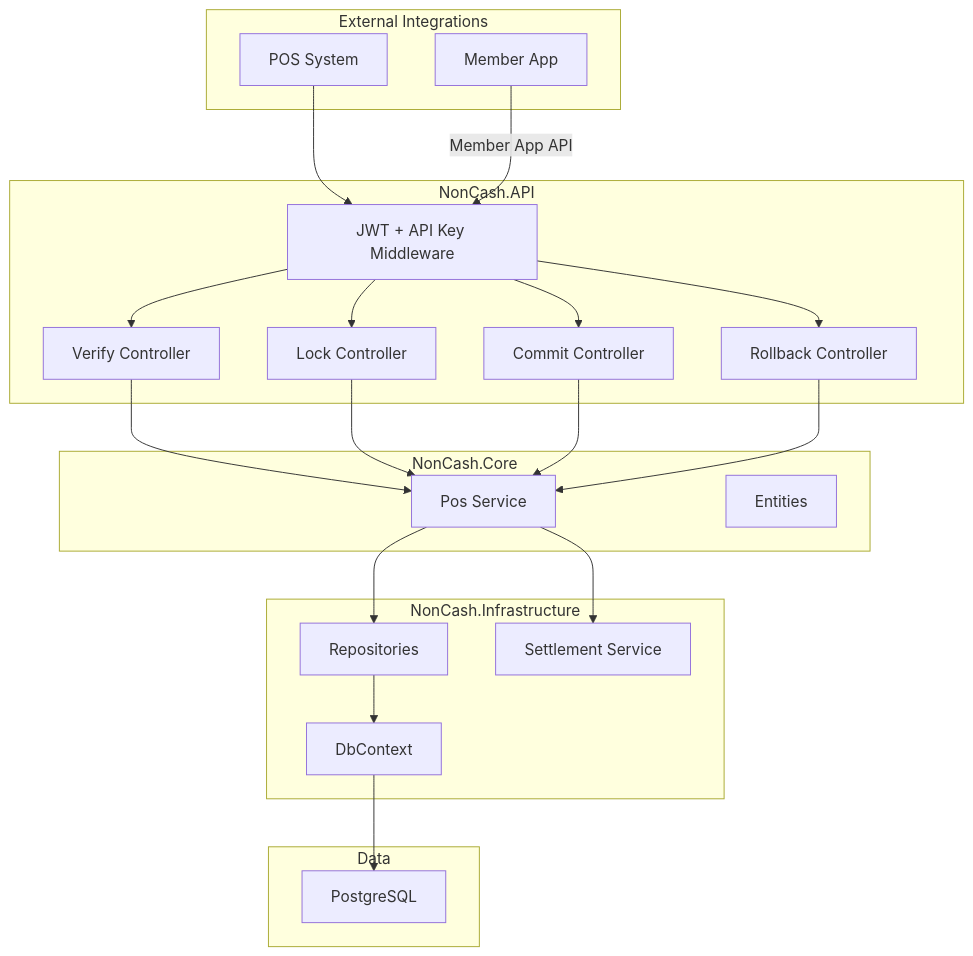
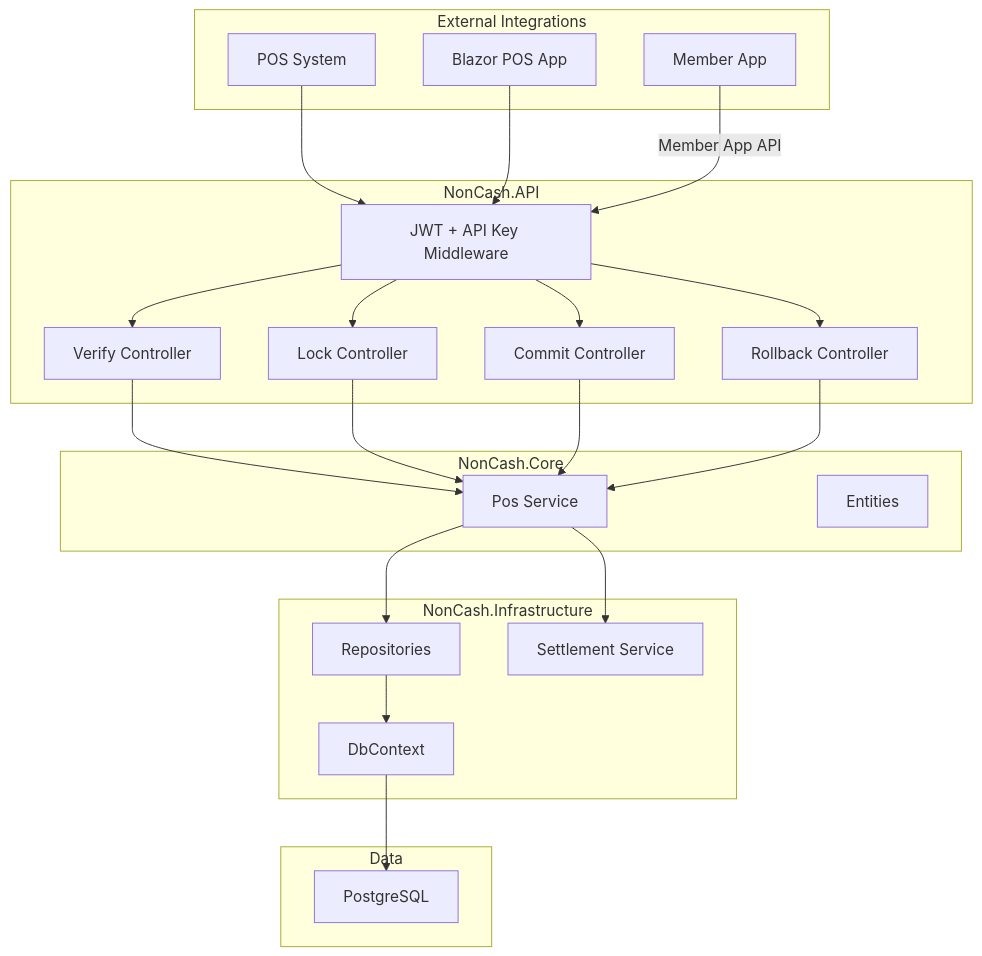
The second of 7 diagrams in .qoder/repowiki/en/content/API Contracts and Integration/POS Integration API/POS Integration API.md (lamhongbac/NonCash), drawn with Mermaid before and after one commit. The commit also changed other lines of this file and 133 other files, not shown here.

````diff
--- a/.qoder/repowiki/en/content/API Contracts and Integration/POS Integration API/POS Integration API.md
+++ b/.qoder/repowiki/en/content/API Contracts and Integration/POS Integration API/POS Integration API.md
@@ -253,40 +279,42 @@
 ```mermaid
 graph TB
 subgraph "External Integrations"
 POS["POS System"]
+BLAZOR["Blazor POS App"]
 APP["Member App"]
 end
 subgraph "NonCash.API"
 CTRL_VERIFY["Verify Controller"]
 CTRL_LOCK["Lock Controller"]
 CTRL_COMMIT["Commit Controller"]
 CTRL_ROLLBACK["Rollback Controller"]
 AUTH["JWT + API Key Middleware"]
 end
 subgraph "NonCash.Core"
 SVC_POS["Pos Service"]
 ENTITIES["Entities"]
 end
 subgraph "NonCash.Infrastructure"
 REPO["Repositories"]
 SETTLEMENT["Settlement Service"]
 DBCTX["DbContext"]
 end
 subgraph "Data"
 PG["PostgreSQL"]
 end
 POS --> AUTH
+BLAZOR --> AUTH
 AUTH --> CTRL_VERIFY
 AUTH --> CTRL_LOCK
 AUTH --> CTRL_COMMIT
 AUTH --> CTRL_ROLLBACK
 CTRL_VERIFY --> SVC_POS
 CTRL_LOCK --> SVC_POS
 CTRL_COMMIT --> SVC_POS
 CTRL_ROLLBACK --> SVC_POS
 SVC_POS --> REPO
 SVC_POS --> SETTLEMENT
 REPO --> DBCTX
 DBCTX --> PG
 APP --> |"Member App API"| AUTH
 ```
````
